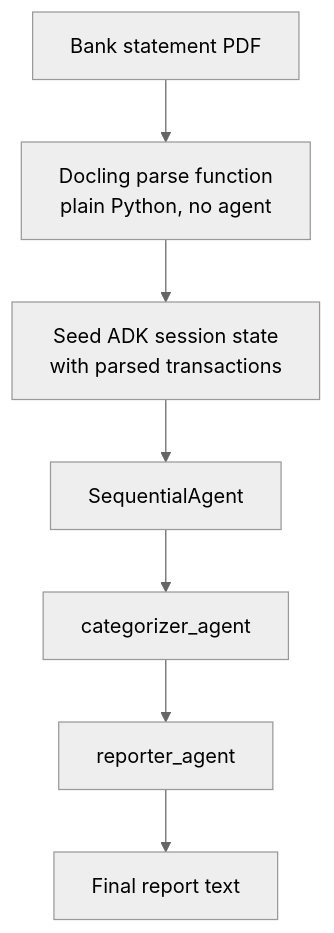
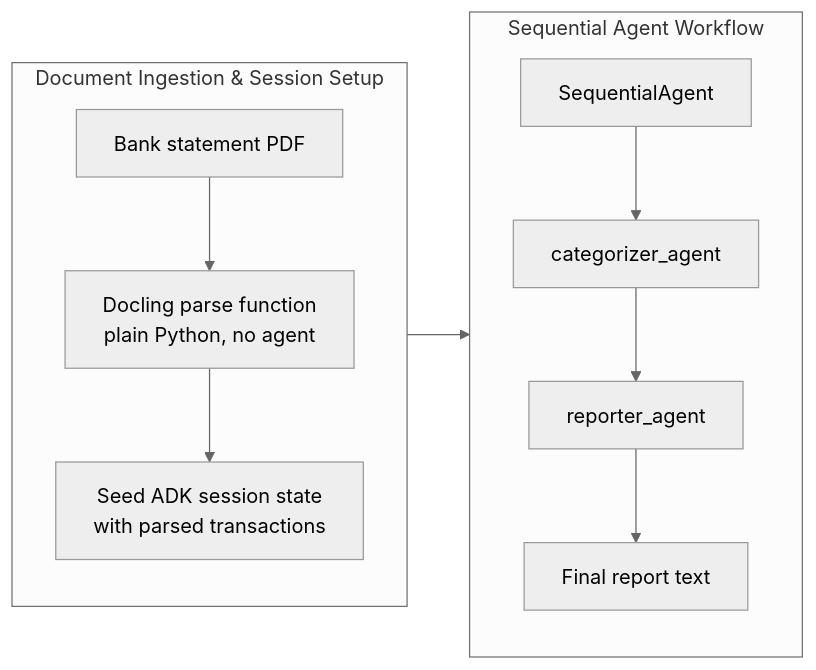
One commit to the-write-path-code/ch02-agent-monolith-trap changed the diagram in docs/adk_pipeline.md. Above: the diagram before and after it, drawn with Mermaid (neutral theme).

Commit message:
Revise flowchart for document ingestion and agent workflow
Updated flowchart to improve clarity in document ingestion and agent workflow.

````diff
--- a/docs/adk_pipeline.md
+++ b/docs/adk_pipeline.md
@@ -9,11 +9,17 @@
 ```mermaid
-flowchart TD
-    A[Bank statement PDF] --> B[Docling parse function
-plain Python, no agent]
-    B --> C[Seed ADK session state
-with parsed transactions]
-    C --> D[SequentialAgent]
-    D --> E[categorizer_agent]
-    E --> F[reporter_agent]
-    F --> G[Final report text]
+flowchart LR
+    subgraph Ingestion["Document Ingestion & Session Setup"]
+        direction TB
+        A["Bank statement PDF"] --> B["Docling parse function<br/>plain Python, no agent"]
+        B --> C["Seed ADK session state<br/>with parsed transactions"]
+    end
+
+    subgraph AgentFlow["Sequential Agent Workflow"]
+        direction TB
+        D["SequentialAgent"] --> E["categorizer_agent"]
+        E --> F["reporter_agent"]
+        F --> G["Final report text"]
+    end
+
+    C --> D
 ```
````
